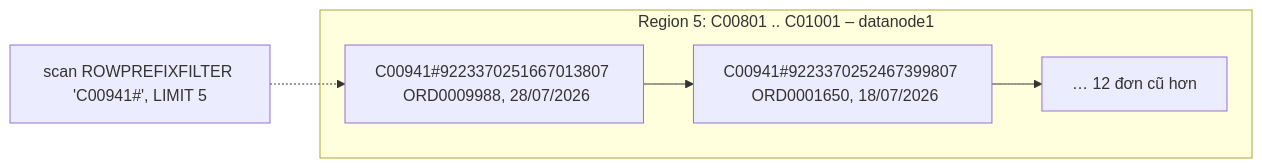
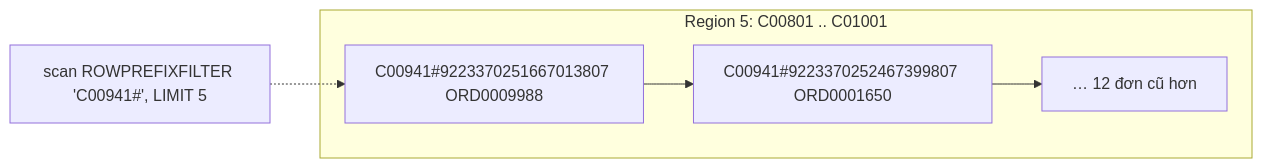
One commit to ariushieu/ecommerce-bigdata-pipeline changed the diagram in report/sections/32b-hbase.md. Above: the diagram before and after it, drawn with Mermaid. The commit also changed other lines of this file and 32 other files, not shown here.

````diff
--- a/report/sections/32b-hbase.md
+++ b/report/sections/32b-hbase.md
@@ -11,7 +9,7 @@
 ```mermaid
 flowchart LR
-  subgraph R5["Region 5: C00801 .. C01001 – datanode1"]
-    B1["C00941#9223370251667013807  ORD0009988, 28/07/2026"] --> B2["C00941#9223370252467399807  ORD0001650, 18/07/2026"] --> B3["… 12 đơn cũ hơn"]
+  subgraph R5["Region 5: C00801 .. C01001"]
+    B1["C00941#9223370251667013807 ORD0009988"] --> B2["C00941#9223370252467399807 ORD0001650"] --> B3["… 12 đơn cũ hơn"]
   end
   Q["scan ROWPREFIXFILTER 'C00941#', LIMIT 5"] -.-> B1
 ```
````
